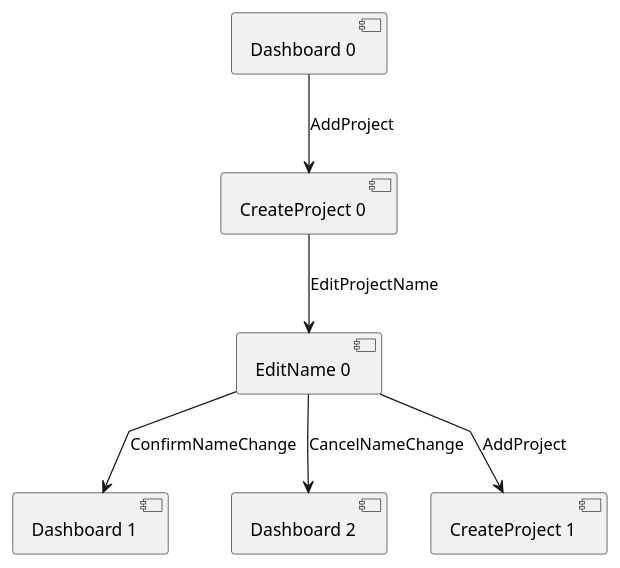
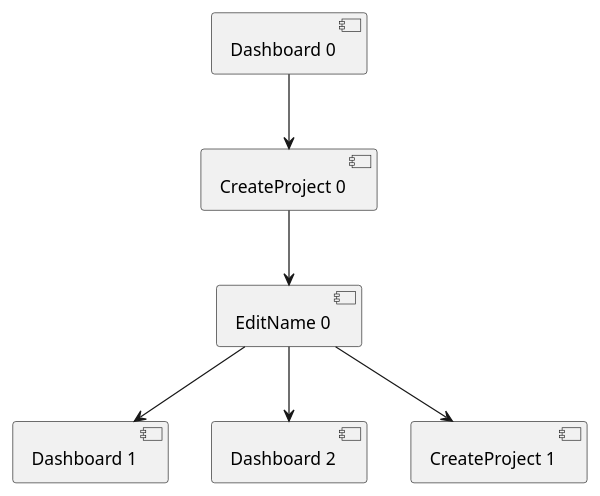
Before and after one commit to JoaoCostaIFG/tvvs: the diagram in assignments/4_model_based_testing/transition_trees/transition_tree_1.puml, drawn with PlantUML.

Commit message:
Removed named transitions use case 1

```diff
--- a/assignments/4_model_based_testing/transition_trees/transition_tree_1.puml
+++ b/assignments/4_model_based_testing/transition_trees/transition_tree_1.puml
@@ -1,12 +1,12 @@
 @startuml
 skinparam linetype polyline
 
-[Dashboard 0] -d-> [CreateProject 0] : AddProject
+[Dashboard 0] -d-> [CreateProject 0]
 
-[CreateProject 0] -d-> [EditName 0] : EditProjectName
+[CreateProject 0] -d-> [EditName 0]
 
-[EditName 0] -d-> [Dashboard 1] : ConfirmNameChange
-[EditName 0] -d-> [Dashboard 2] : CancelNameChange
-[EditName 0] -d-> [CreateProject 1] : AddProject
+[EditName 0] -d-> [Dashboard 1]
+[EditName 0] -d-> [Dashboard 2]
+[EditName 0] -d-> [CreateProject 1]
 
 @enduml
```
